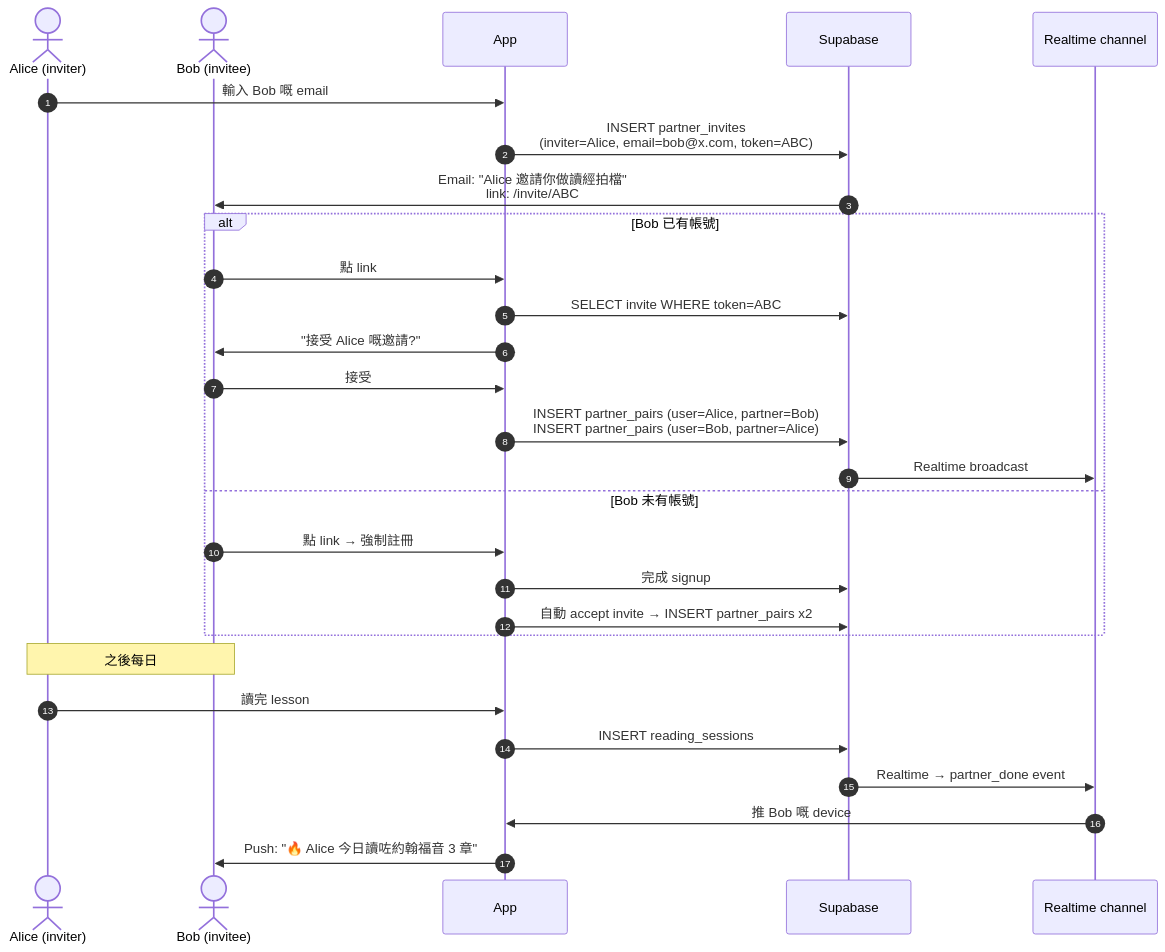
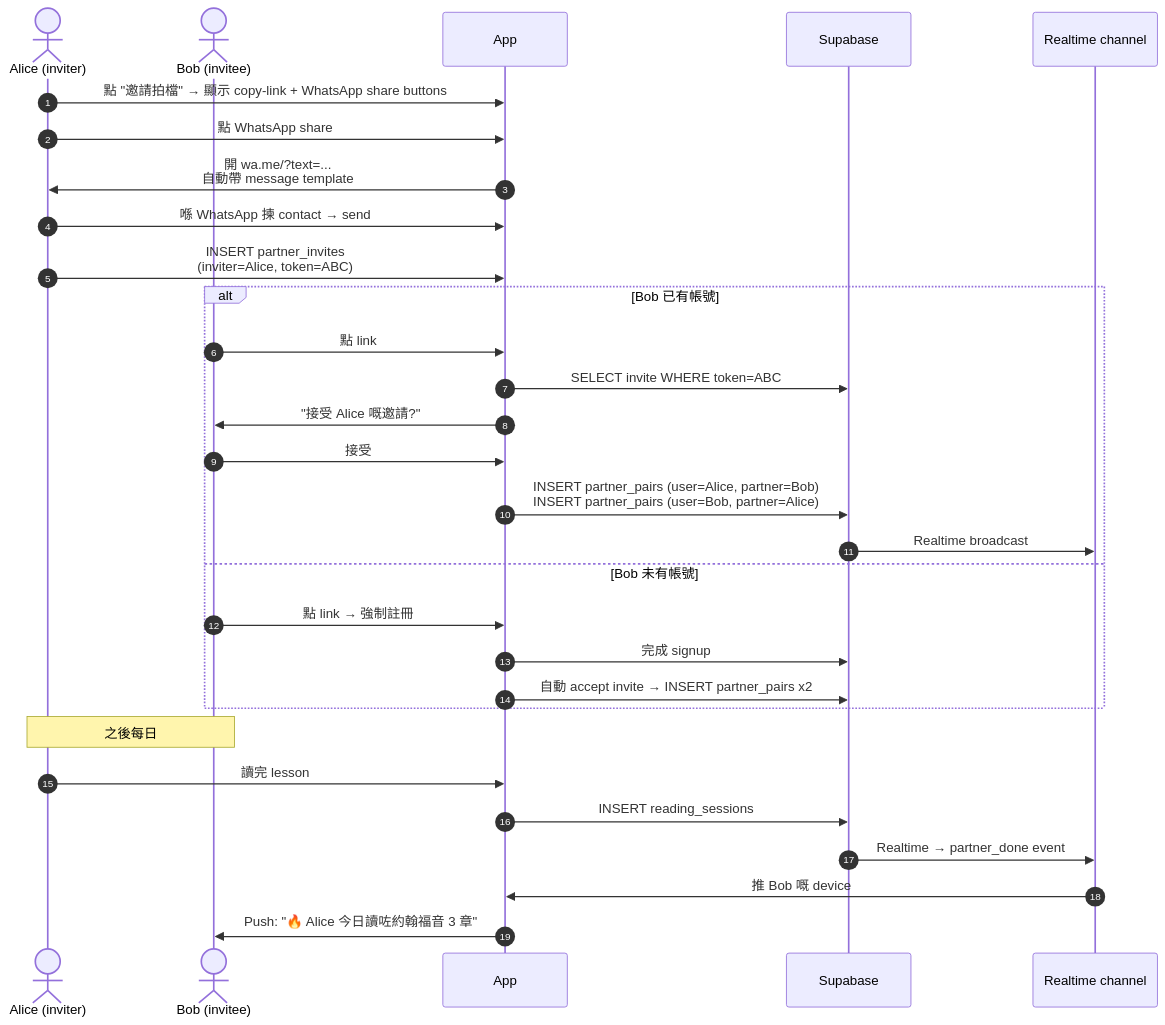
Before and after one commit to appstester0919/bible-quest-2026: the fourth of 5 diagrams in docs/user-flows.md, drawn with Mermaid. The commit also changed 2 other files, not shown here.

Commit message:
Partner: WhatsApp share + single-active enforcement
- Invite flow: copy-link + WhatsApp share (wa.me/?text=...)
- Stage 1: single active partner per user (unique partial index)
- Stage 2+: drop index for multi-partner
- Add cross-device design notes (mobile-first, future module extension)
- Update user-flow partner sequence diagram

````diff
--- a/docs/user-flows.md
+++ b/docs/user-flows.md
@@ -106,33 +106,35 @@
 ```mermaid
 sequenceDiagram
     autonumber
     actor A as Alice (inviter)
     actor B as Bob (invitee)
     participant App
     participant SB as Supabase
     participant RT as Realtime channel
 
-    A->>App: 輸入 Bob 嘅 email
-    App->>SB: INSERT partner_invites<br/>(inviter=Alice, email=bob@x.com, token=ABC)
-    SB->>B: Email: "Alice 邀請你做讀經拍檔"<br/>link: /invite/ABC
+    A->>App: 點 "邀請拍檔" → 顯示 copy-link + WhatsApp share buttons
+    A->>App: 點 WhatsApp share
+    App->>A: 開 wa.me/?text=...<br/>自動帶 message template
+    A->>App: 喺 WhatsApp 揀 contact → send
+    A->>App: INSERT partner_invites<br/>(inviter=Alice, token=ABC)
 
     alt Bob 已有帳號
         B->>App: 點 link
         App->>SB: SELECT invite WHERE token=ABC
         App->>B: "接受 Alice 嘅邀請?"
         B->>App: 接受
         App->>SB: INSERT partner_pairs (user=Alice, partner=Bob)<br/>INSERT partner_pairs (user=Bob, partner=Alice)
         SB->>RT: Realtime broadcast
     else Bob 未有帳號
         B->>App: 點 link → 強制註冊
         App->>SB: 完成 signup
         App->>SB: 自動 accept invite → INSERT partner_pairs x2
     end
 
     Note over A,B: 之後每日
     A->>App: 讀完 lesson
     App->>SB: INSERT reading_sessions
     SB->>RT: Realtime → partner_done event
     RT->>App: 推 Bob 嘅 device
     App->>B: Push: "🔥 Alice 今日讀咗約翰福音 3 章"
 ```
````
